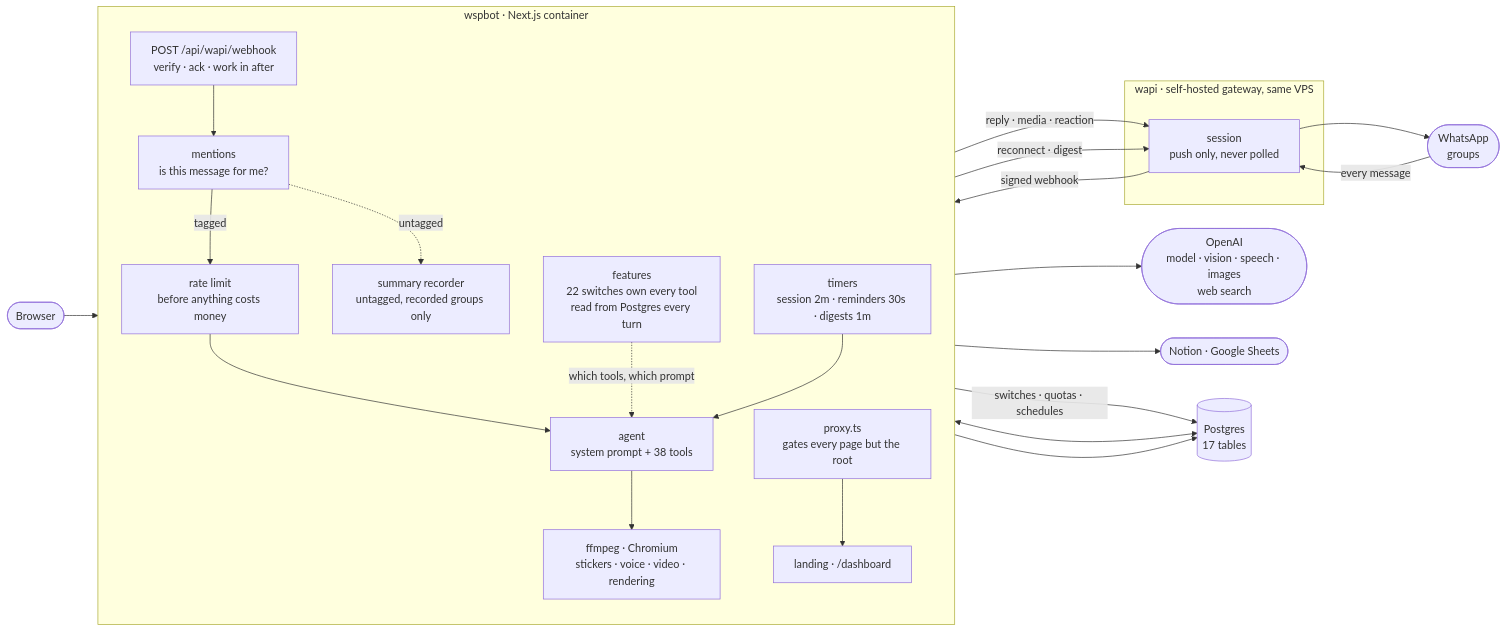
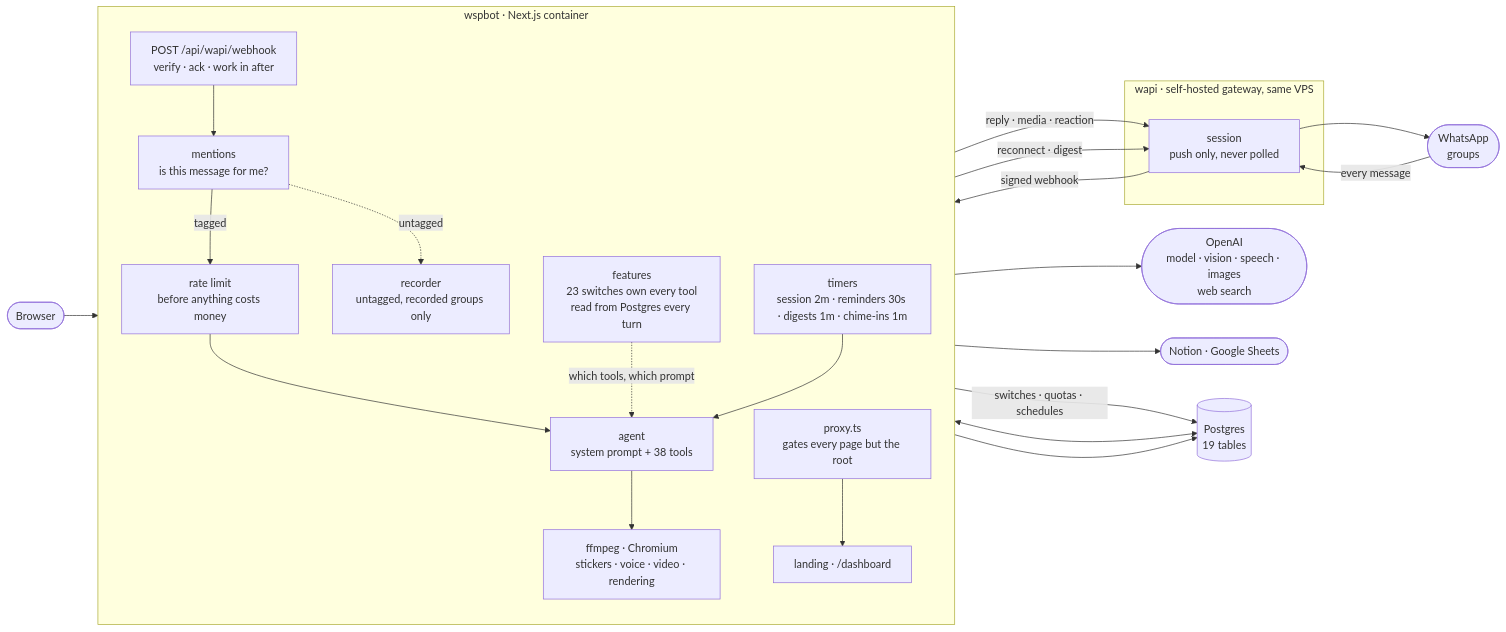
One commit to Jibaru/wspbot changed the first of 2 diagrams in README.md. Above: the diagram before and after it, drawn with Mermaid. The commit also changed other lines of this file and 13 other files, not shown here.

````diff
--- a/README.md
+++ b/README.md
@@ -67,47 +67,47 @@
 ```mermaid
 flowchart LR
     WA(["WhatsApp<br/>groups"])
     BROWSER(["Browser"])
     OPENAI(["OpenAI<br/>model · vision · speech · images<br/>web search"])
     EXT(["Notion · Google Sheets"])
 
     subgraph gw["wapi · self-hosted gateway, same VPS"]
         SESSION["session<br/>push only, never polled"]
     end
 
     subgraph app["wspbot · Next.js container"]
         direction TB
         HOOK["POST /api/wapi/webhook<br/>verify · ack · work in after"]
         GATE["mentions<br/>is this message for me?"]
         LIMIT["rate limit<br/>before anything costs money"]
-        REC["summary recorder<br/>untagged, recorded groups only"]
+        REC["recorder<br/>untagged, recorded groups only"]
         AGENT["agent<br/>system prompt + 38 tools"]
-        TIMERS["timers<br/>session 2m · reminders 30s · digests 1m"]
-        FEAT["features<br/>22 switches own every tool<br/>read from Postgres every turn"]
+        TIMERS["timers<br/>session 2m · reminders 30s · digests 1m · chime-ins 1m"]
+        FEAT["features<br/>23 switches own every tool<br/>read from Postgres every turn"]
         FF["ffmpeg · Chromium<br/>stickers · voice · video · rendering"]
         PROXY["proxy.ts<br/>gates every page but the root"]
         PAGES["landing · /dashboard"]
     end
 
-    PG[("Postgres<br/>17 tables")]
+    PG[("Postgres<br/>19 tables")]
 
     WA -->|"every message"| SESSION
     SESSION -->|"signed webhook"| HOOK
     HOOK --> GATE
     GATE -->|"tagged"| LIMIT
     GATE -.->|"untagged"| REC
     LIMIT --> AGENT
     FEAT -.->|"which tools, which prompt"| AGENT
     AGENT --> OPENAI
     AGENT --> FF
     AGENT --> EXT
     AGENT -->|"reply · media · reaction"| SESSION
     SESSION --> WA
 
     BROWSER --> PROXY --> PAGES
     PAGES -->|"switches · quotas · schedules"| PG
     AGENT <--> PG
     REC --> PG
     TIMERS --> AGENT
     TIMERS -->|"reconnect · digest"| SESSION
 ```
````
